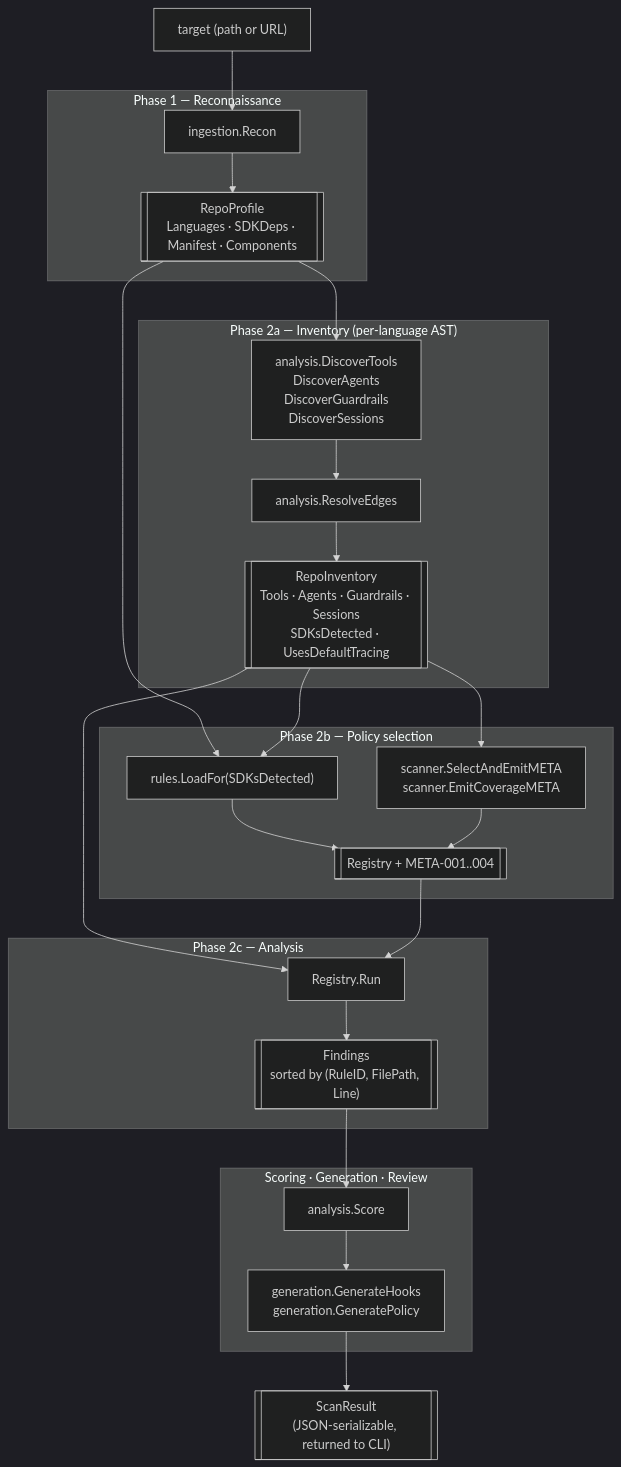
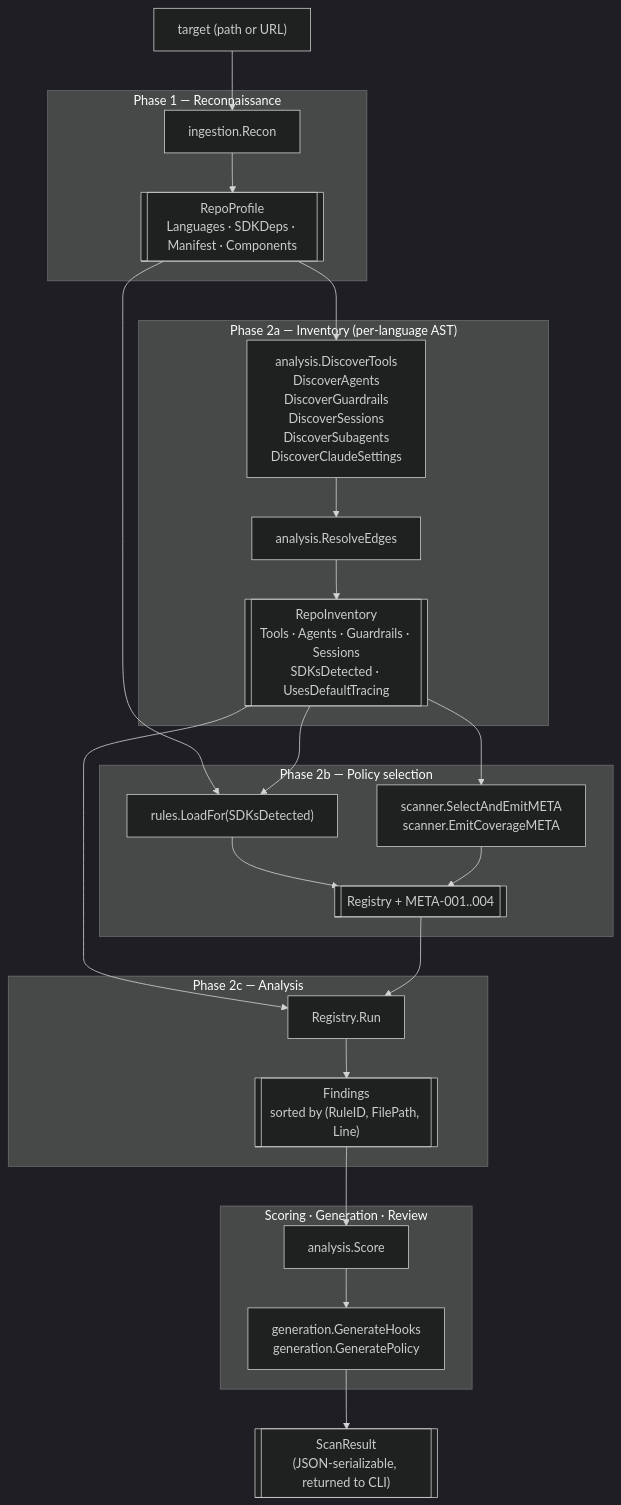
The first of 4 diagrams in ARCHITECTURE.md (trustabl/trustabl), drawn with Mermaid (dark theme) before and after one commit. The commit also changed other lines of this file, not shown here.

Commit message:
docs: refresh ARCHITECTURE.md §3 data model for new inventory fields

````diff
--- a/ARCHITECTURE.md
+++ b/ARCHITECTURE.md
@@ -62,49 +62,49 @@
 ```mermaid
 flowchart TD
     target["target (path or URL)"]
 
     subgraph P1["Phase 1 — Reconnaissance"]
         recon["ingestion.Recon"]
         profile[["RepoProfile<br/>Languages · SDKDeps · Manifest · Components"]]
         recon --> profile
     end
 
     subgraph P2a["Phase 2a — Inventory (per-language AST)"]
-        disc["analysis.DiscoverTools<br/>DiscoverAgents<br/>DiscoverGuardrails<br/>DiscoverSessions"]
+        disc["analysis.DiscoverTools<br/>DiscoverAgents<br/>DiscoverGuardrails<br/>DiscoverSessions<br/>DiscoverSubagents<br/>DiscoverClaudeSettings"]
         edges["analysis.ResolveEdges"]
         inv[["RepoInventory<br/>Tools · Agents · Guardrails · Sessions<br/>SDKsDetected · UsesDefaultTracing"]]
         disc --> edges --> inv
     end
 
     subgraph P2b["Phase 2b — Policy selection"]
         loadfor["rules.LoadFor(SDKsDetected)"]
         meta["scanner.SelectAndEmitMETA<br/>scanner.EmitCoverageMETA"]
         reg[["Registry + META-001..004"]]
         loadfor --> reg
         meta --> reg
     end
 
     subgraph P2c["Phase 2c — Analysis"]
         run["Registry.Run"]
         findings[["Findings<br/>sorted by (RuleID, FilePath, Line)"]]
         run --> findings
     end
 
     subgraph Tail["Scoring · Generation · Review"]
         score["analysis.Score"]
         gen["generation.GenerateHooks<br/>generation.GeneratePolicy"]
         score --> gen
     end
 
     result[["ScanResult<br/>(JSON-serializable, returned to CLI)"]]
 
     target --> recon
     profile --> disc
     profile --> loadfor
     inv --> loadfor
     inv --> meta
     inv --> run
     reg --> run
     findings --> score
     gen --> result
 ```
````
